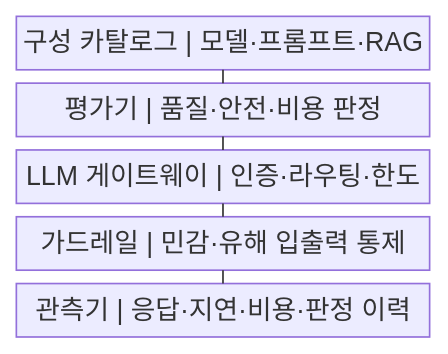
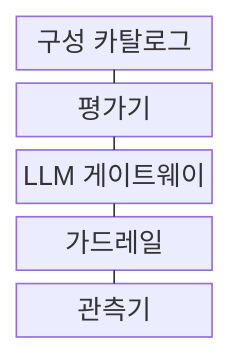
The first of 2 diagrams in src/content/docs/notes/03-software/203_llmops.md (agnusdei1207/knowledge-base), drawn with Mermaid before and after one commit. The commit also changed other lines of this file and 238 other files, not shown here.

````diff
--- a/src/content/docs/notes/03-software/203_llmops.md
+++ b/src/content/docs/notes/03-software/203_llmops.md
@@ -60,13 +60,13 @@
 ```mermaid
-block
+block-beta
     columns 1
-    A["구성 카탈로그 | 모델·프롬프트·RAG"]
-    B["평가기 | 품질·안전·비용 판정"]
-    C["LLM 게이트웨이 | 인증·라우팅·한도"]
-    D["가드레일 | 민감·유해 입출력 통제"]
-    E["관측기 | 응답·지연·비용·판정 이력"]
+    A["구성 카탈로그"]
+    B["평가기"]
+    C["LLM 게이트웨이"]
+    D["가드레일"]
+    E["관측기"]
     A --- B
     B --- C
     C --- D
     D --- E
 ```
````
